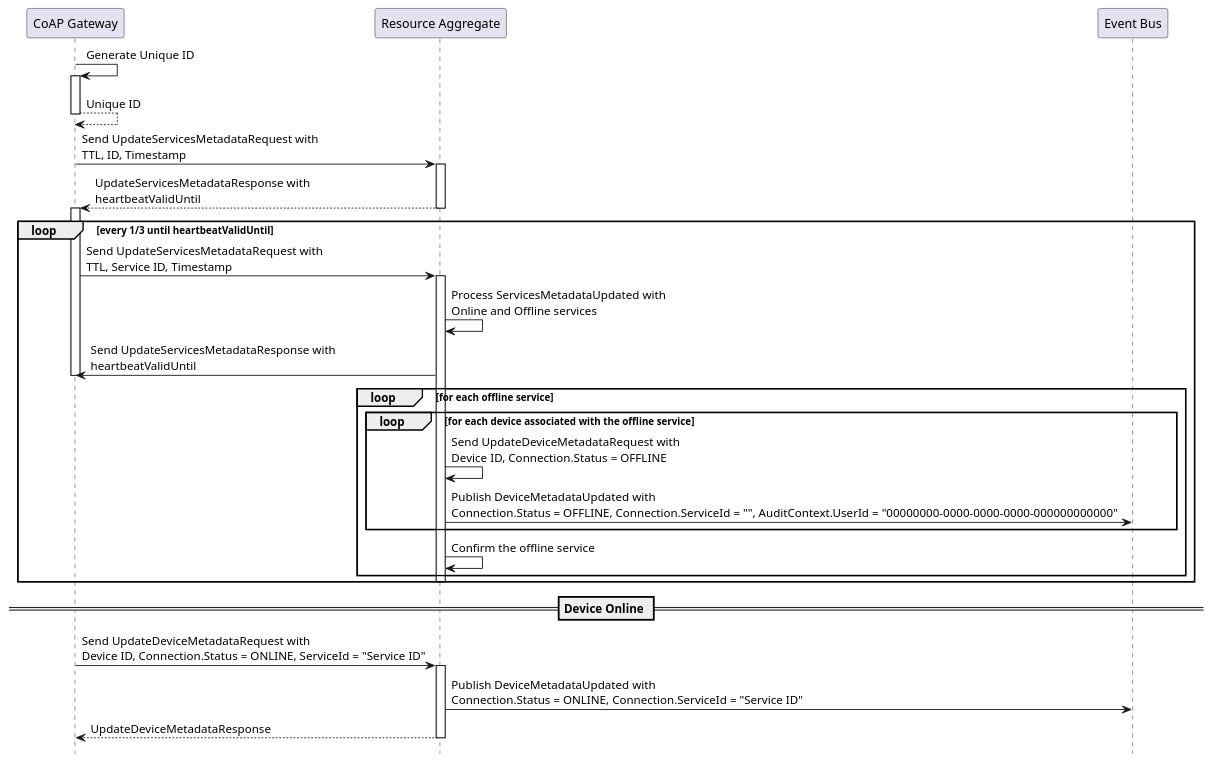
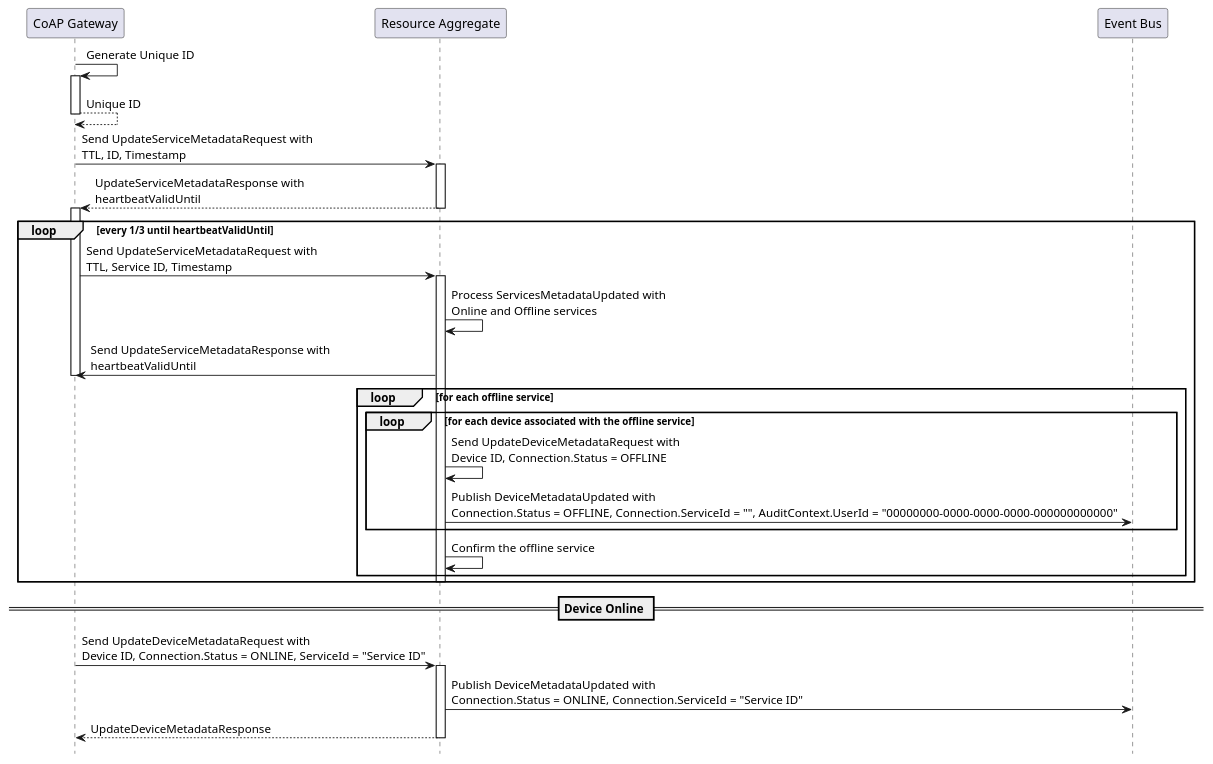
One commit to plgd-dev/doc changed the diagram in content/en/docs/features/monitoring-and-diagnostics/monitoring-device-connectivity.md. Above: the diagram before and after it, drawn with PlantUML. The commit also changed other lines of this file, not shown here.

Commit message:
fix to proto

```diff
--- a/content/en/docs/features/monitoring-and-diagnostics/monitoring-device-connectivity.md
+++ b/content/en/docs/features/monitoring-and-diagnostics/monitoring-device-connectivity.md
@@ -30,37 +30,37 @@
 {{< plantuml id="update-services-metadata" >}}
 @startuml Sequence
 skinparam backgroundColor transparent
 hide footbox
 
 participant CoAPGateway as "CoAP Gateway"
 participant ResourceAggregate as "Resource Aggregate"
 participant EventBus as "Event Bus"
 
 CoAPGateway -> CoAPGateway++: Generate Unique ID
 return Unique ID
-CoAPGateway -> ResourceAggregate++: Send UpdateServicesMetadataRequest with\nTTL, ID, Timestamp
-return UpdateServicesMetadataResponse with\nheartbeatValidUntil
+CoAPGateway -> ResourceAggregate++: Send UpdateServiceMetadataRequest with\nTTL, ID, Timestamp
+return UpdateServiceMetadataResponse with\nheartbeatValidUntil
 activate CoAPGateway
 loop every 1/3 until heartbeatValidUntil
-   CoAPGateway -> ResourceAggregate++: Send UpdateServicesMetadataRequest with\nTTL, Service ID, Timestamp
+   CoAPGateway -> ResourceAggregate++: Send UpdateServiceMetadataRequest with\nTTL, Service ID, Timestamp
    ResourceAggregate -> ResourceAggregate: Process ServicesMetadataUpdated with\nOnline and Offline services
-   ResourceAggregate -> CoAPGateway: Send UpdateServicesMetadataResponse with\nheartbeatValidUntil
+   ResourceAggregate -> CoAPGateway: Send UpdateServiceMetadataResponse with\nheartbeatValidUntil
    deactivate CoAPGateway
    loop for each offline service
       loop for each device associated with the offline service
          ResourceAggregate -> ResourceAggregate: Send UpdateDeviceMetadataRequest with\nDevice ID, Connection.Status = OFFLINE
          ResourceAggregate -> EventBus: Publish DeviceMetadataUpdated with\nConnection.Status = OFFLINE, Connection.ServiceId = "", AuditContext.UserId = "00000000-0000-0000-0000-000000000000"
       end
       ResourceAggregate -> ResourceAggregate: Confirm the offline service
    end
    deactivate ResourceAggregate
 end
 
 == Device Online ==
 
 CoAPGateway -> ResourceAggregate++ : Send UpdateDeviceMetadataRequest with\nDevice ID, Connection.Status = ONLINE, ServiceId = "Service ID"
 ResourceAggregate -> EventBus: Publish DeviceMetadataUpdated with\nConnection.Status = ONLINE, Connection.ServiceId = "Service ID"
 return UpdateDeviceMetadataResponse
 
 @enduml
 {{< /plantuml >}}
```
